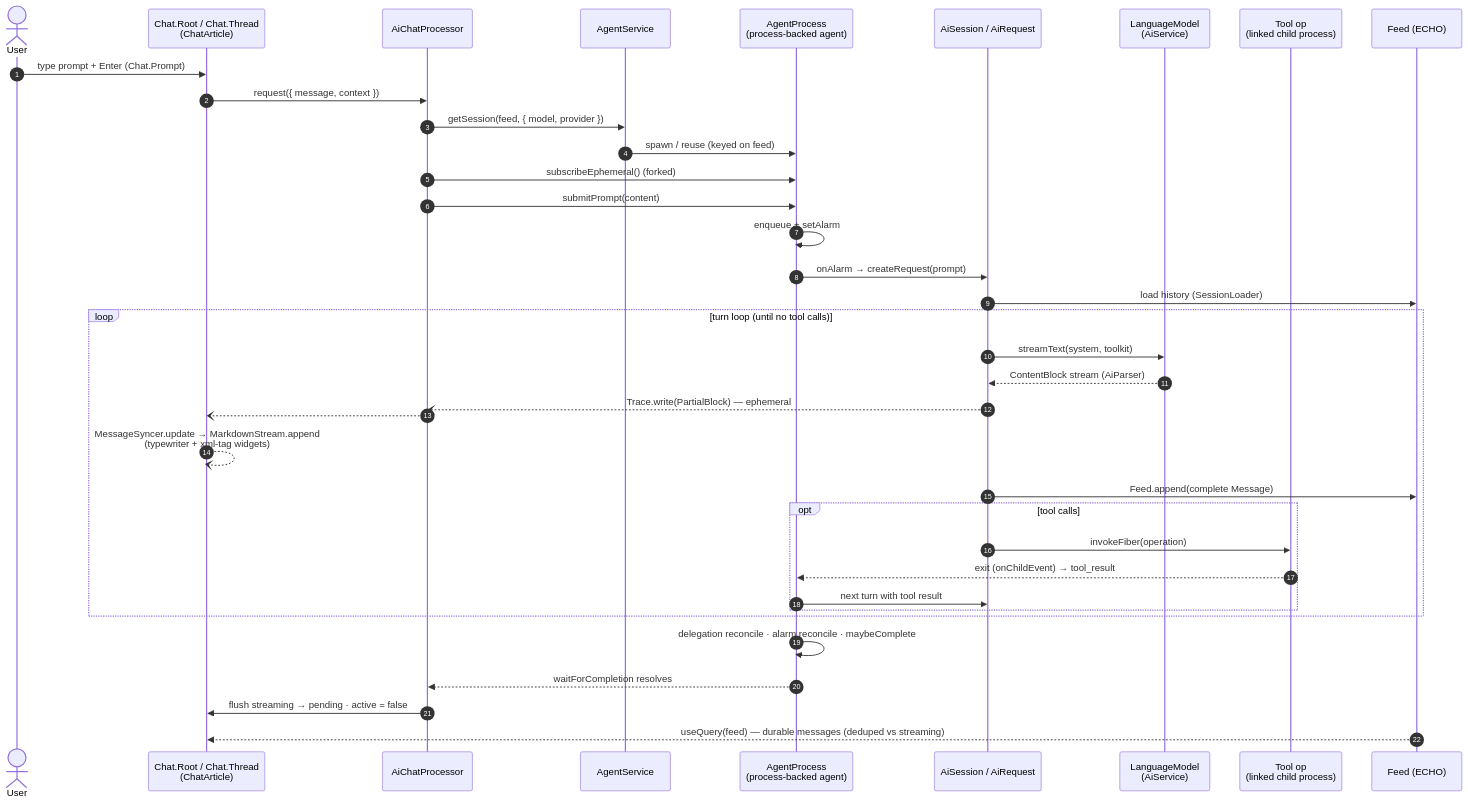
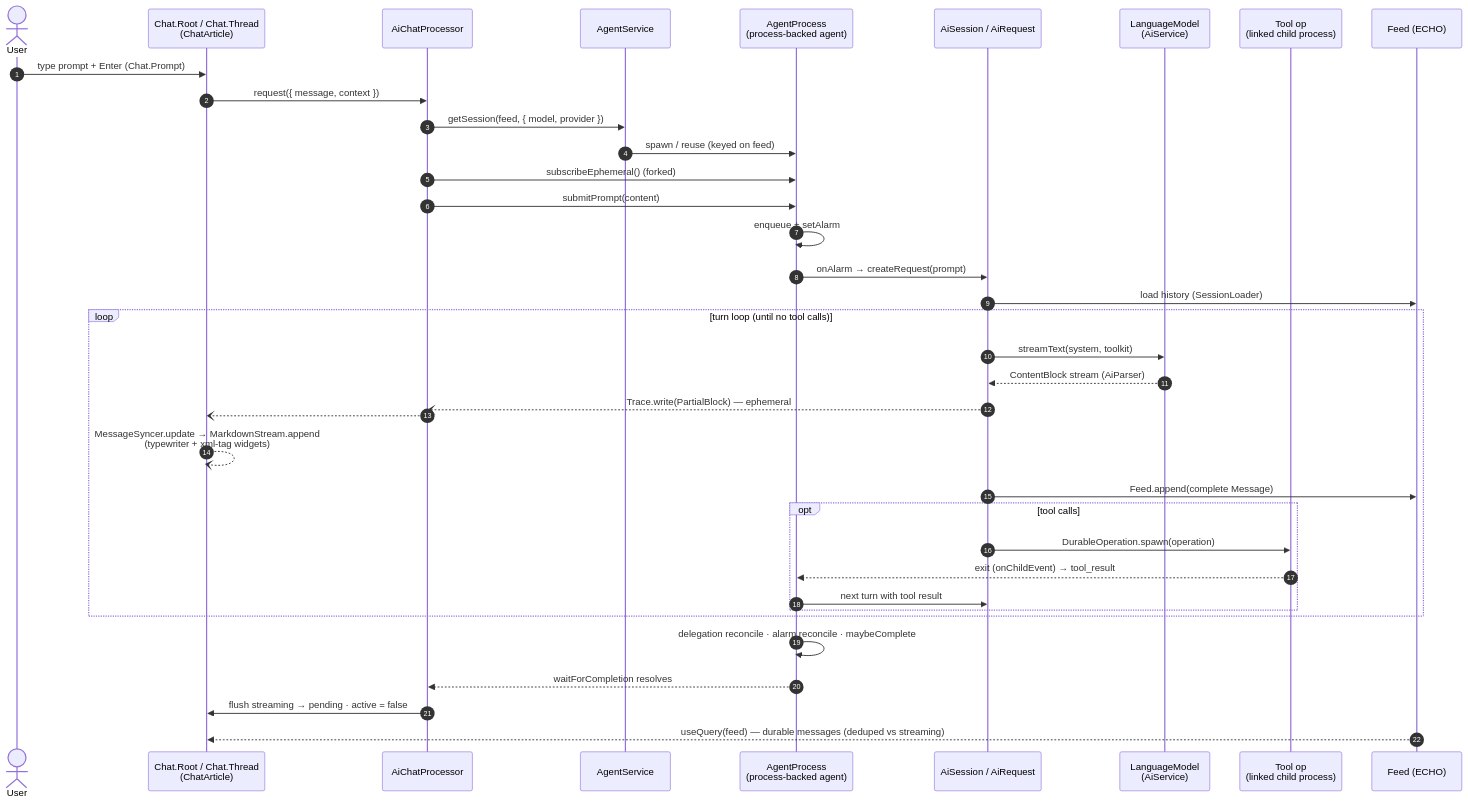
One commit to dxos/dxos changed the diagram in packages/plugins/plugin-assistant/docs/DESIGN.md. Above: the diagram before and after it, drawn with Mermaid. The commit also changed other lines of this file and 33 other files, not shown here.

First line of the commit message:
compute: move the process invoker into Operation; drop invokeFiber for Process.Manager

````diff
--- a/packages/plugins/plugin-assistant/docs/DESIGN.md
+++ b/packages/plugins/plugin-assistant/docs/DESIGN.md
@@ -38,42 +38,42 @@
 ```mermaid
 sequenceDiagram
   autonumber
   actor U as User
   participant UI as Chat.Root / Chat.Thread<br/>(ChatArticle)
   participant P as AiChatProcessor
   participant AS as AgentService
   participant AP as AgentProcess<br/>(process-backed agent)
   participant RQ as AiSession / AiRequest
   participant LM as LanguageModel<br/>(AiService)
   participant T as Tool op<br/>(linked child process)
   participant F as Feed (ECHO)
 
   U->>UI: type prompt + Enter (Chat.Prompt)
   UI->>P: request({ message, context })
   P->>AS: getSession(feed, { model, provider })
   AS->>AP: spawn / reuse (keyed on feed)
   P->>AP: subscribeEphemeral() (forked)
   P->>AP: submitPrompt(content)
   AP->>AP: enqueue + setAlarm
 
   AP->>RQ: onAlarm → createRequest(prompt)
   RQ->>F: load history (SessionLoader)
   loop turn loop (until no tool calls)
     RQ->>LM: streamText(system, toolkit)
     LM-->>RQ: ContentBlock stream (AiParser)
     RQ--)P: Trace.write(PartialBlock) — ephemeral
     P--)UI: #streaming atom → messages
     UI--)UI: MessageSyncer.update → MarkdownStream.append<br/>(typewriter + xml-tag widgets)
     RQ->>F: Feed.append(complete Message)
     opt tool calls
-      RQ->>T: invokeFiber(operation)
+      RQ->>T: DurableOperation.spawn(operation)
       T-->>AP: exit (onChildEvent) → tool_result
       AP->>RQ: next turn with tool result
     end
   end
 
   AP->>AP: delegation reconcile · alarm reconcile · maybeComplete
   AP-->>P: waitForCompletion resolves
   P->>UI: flush streaming → pending · active = false
   F-->>UI: useQuery(feed) — durable messages (deduped vs streaming)
 ```
````
